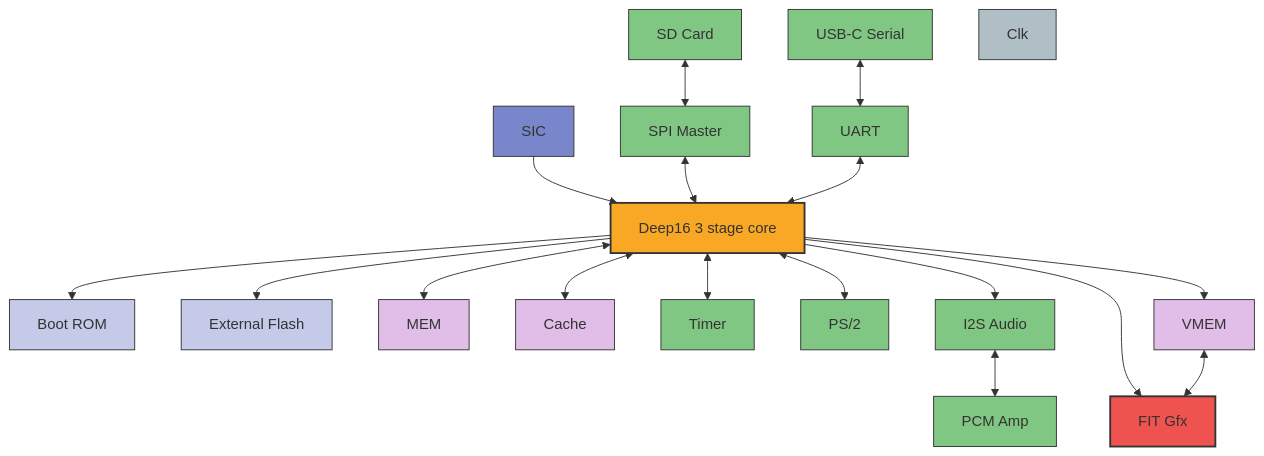
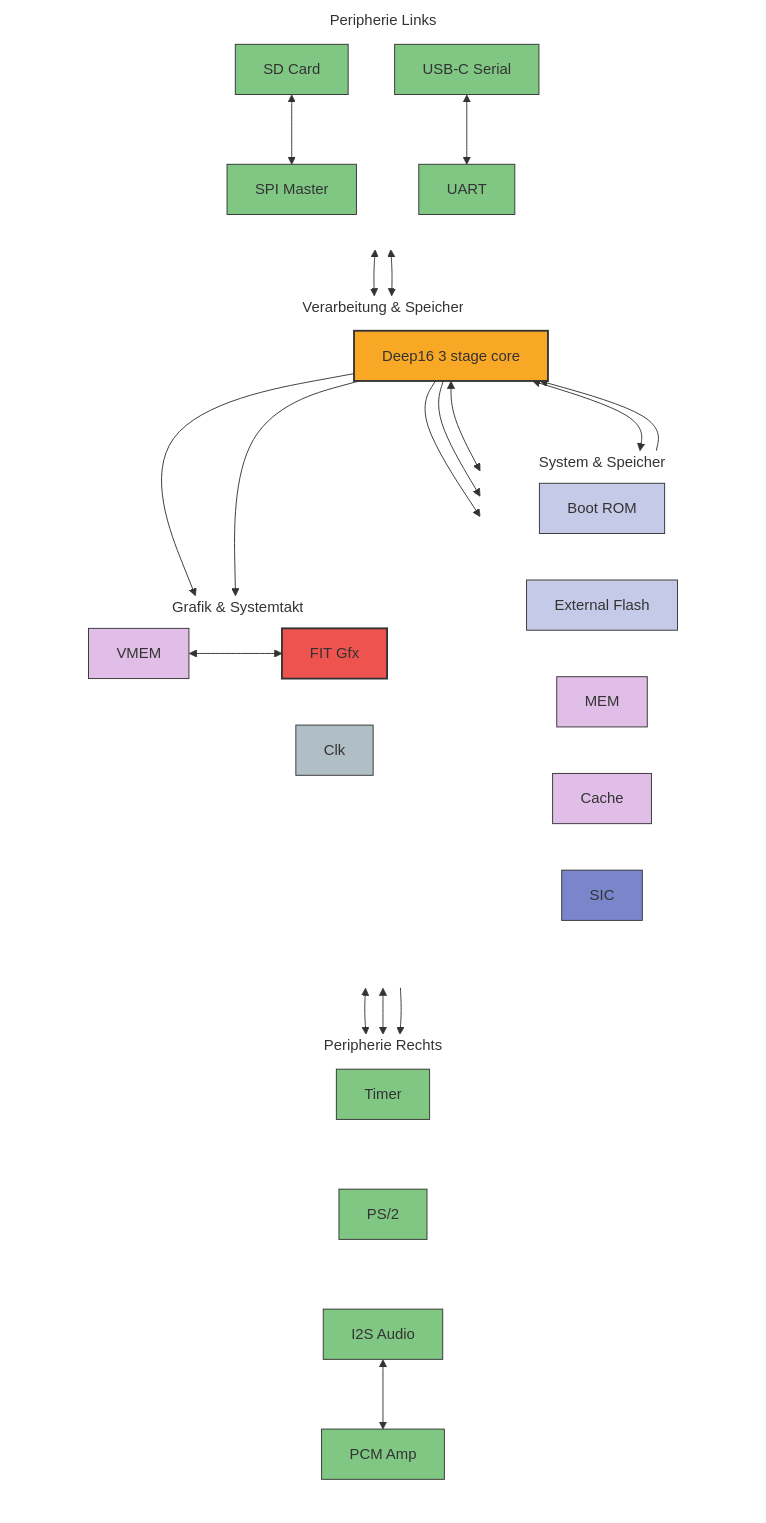
Before and after one commit to olfp/Deep16: the diagram in doc/BLOCK.md, drawn with Mermaid.

Commit message:
Refactor mermaid diagram structure in BLOCK.md

````diff
--- a/doc/BLOCK.md
+++ b/doc/BLOCK.md
@@ -1,54 +1,77 @@
 ```mermaid
-graph TD
-    %% Core Element
-    Core[Deep16 3 stage core]
+flowchart TB
+    %% Layout-Strukturierung durch Spalten (Subgraphs)
+    subgraph LeftSide [Peripherie Links]
+        direction TB
+        SDCard[SD Card]
+        SPIMaster[SPI Master]
+        USBCSerial[USB-C Serial]
+        UART[UART]
+        
+        %% Vertikale Ausrichtung links erzwingen
+        SDCard <--> SPIMaster
+        USBCSerial <--> UART
+    end
 
-    %% Top Blocks
-    BootROM[Boot ROM]
-    ExtFlash[External Flash]
-    MEM[MEM]
-    Cache[Cache]
-    SIC[SIC]
+    subgraph CenterColumn [Verarbeitung & Speicher]
+        direction TB
+        
+        %% Obere Sektion
+        subgraph TopMem [System & Speicher]
+            direction LR
+            BootROM[Boot ROM]
+            ExtFlash[External Flash]
+            MEM[MEM]
+            Cache[Cache]
+            SIC[SIC]
+        end
 
-    %% Right Blocks
-    Timer[Timer]
-    PS2[PS/2]
-    I2SAudio[I2S Audio]
-    PCMAmp[PCM Amp]
+        %% Haupt-Core im Zentrum
+        Core[Deep16 3 stage core]
 
-    %% Left Blocks
-    SDCard[SD Card]
-    SPIMaster[SPI Master]
-    UART[UART]
-    USBCSerial[USB-C Serial]
+        %% Untere Sektion
+        subgraph BottomGfx [Grafik & Systemtakt]
+            direction LR
+            VMEM[VMEM]
+            FITGfx[FIT Gfx]
+            Clk[Clk]
+            VMEM <--> FITGfx
+        end
 
-    %% Bottom Blocks
-    VMEM[VMEM]
-    FITGfx[FIT Gfx]
-    Clk[Clk]
+        %% Vertikale Hierarchie erzwingen
+        TopMem ~~~ Core ~~~ BottomGfx
+    end
 
-    %% Connections
+    subgraph RightSide [Peripherie Rechts]
+        direction TB
+        Timer[Timer]
+        PS2[PS/2]
+        I2SAudio[I2S Audio]
+        PCMAmp[PCM Amp]
+        
+        %% Vertikale Ausrichtung rechts erzwingen
+        Timer ~~~ PS2 ~~~ I2SAudio
+        I2SAudio <--> PCMAmp
+    end
+
+    %% Reale Signalverbindungen zwischen den Blöcken
     Core --> BootROM
     Core --> ExtFlash
     Core <--> MEM
     Core <--> Cache
     SIC --> Core
 
+    SPIMaster <--> Core
+    UART <--> Core
+
     Core <--> Timer
     Core <--> PS2
     Core --> I2SAudio
-    I2SAudio <--> PCMAmp
-
-    SDCard <--> SPIMaster
-    SPIMaster <--> Core
-    USBCSerial <--> UART
-    UART <--> Core
 
     Core --> VMEM
     Core --> FITGfx
-    VMEM <--> FITGfx
 
-    %% Styling (Color Matching to original diagram)
+    %% Styling (Farbanpassung an das Original)
     style Core fill:#F9A825,stroke:#333,stroke-width:2px;
     style FITGfx fill:#EF5350,stroke:#333,stroke-width:2px;
     
@@ -69,4 +92,11 @@
     style USBCSerial fill:#81C784,stroke:#333;
     
     style Clk fill:#B0BEC5,stroke:#333;
+
+    %% Subgraph-Rahmen unsichtbar machen für sauberen Look
+    style LeftSide fill:none,stroke:none;
+    style RightSide fill:none,stroke:none;
+    style CenterColumn fill:none,stroke:none;
+    style TopMem fill:none,stroke:none;
+    style BottomGfx fill:none,stroke:none;
 ```
````
